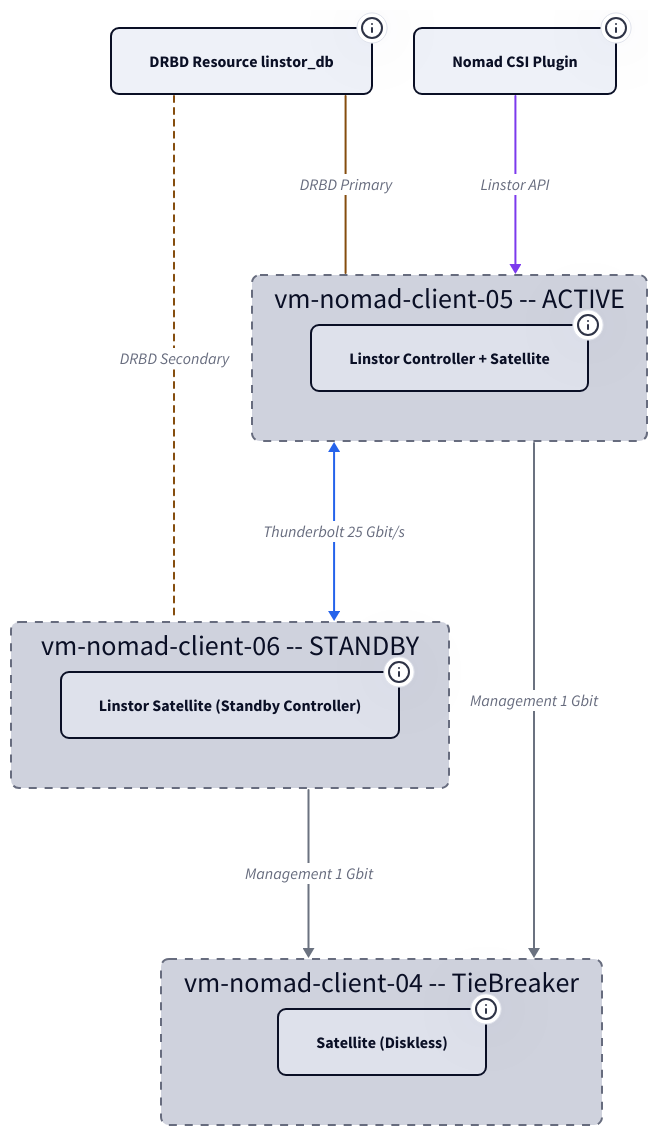
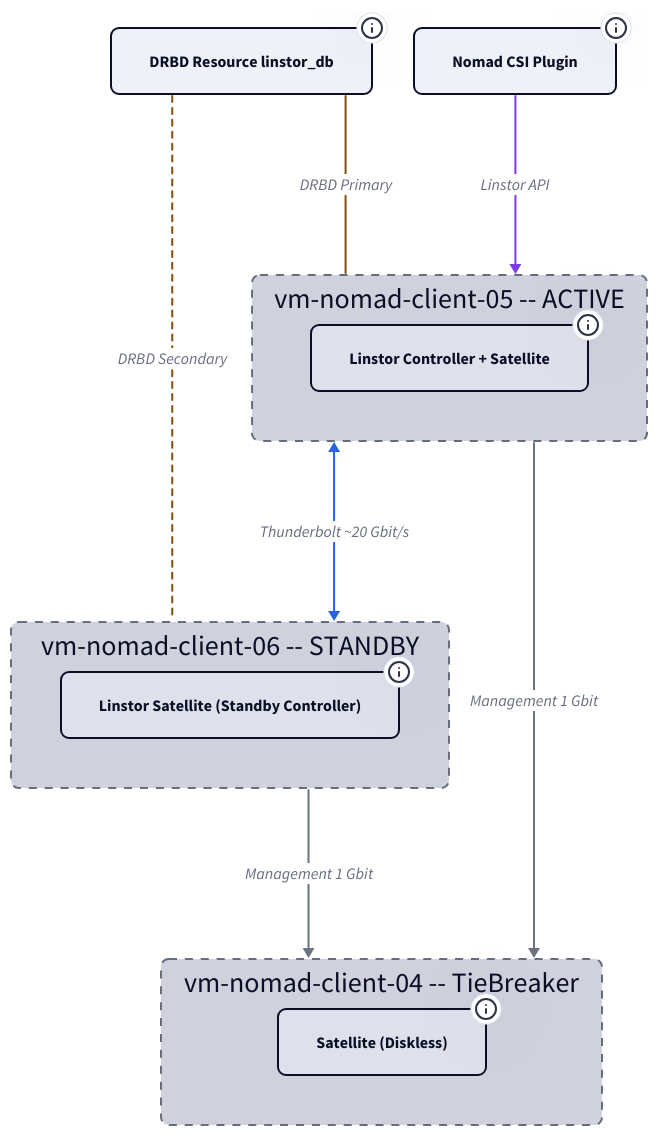
Before and after one commit to derever-labs/homelab-wiki: the diagram in docs/linstor-storage/index.md, drawn with D2. The commit also changed other lines of this file and 109 other files, not shown here.

````diff
--- a/docs/linstor-storage/index.md
+++ b/docs/linstor-storage/index.md
@@ -42,78 +39,78 @@
 ```d2
 vars: {
   d2-config: {
     theme-id: 1
     layout-engine: elk
   }
 }
 
 classes: {
   node: { style: { border-radius: 8 } }
   container: { style: { border-radius: 8; stroke-dash: 4 } }
 }
 
 direction: down
 
 DB: DRBD Resource linstor_db {
   class: node
   tooltip: "Quorum 2/3 | H2 Datenbank fuer Linstor Controller State"
 }
 
 C05: vm-nomad-client-05 -- ACTIVE {
   class: container
 
   C05a: Linstor Controller + Satellite {
     class: node
     tooltip: "10.0.2.125 | TB: 10.99.1.105 | 200 GB ZFS, drbd-reactor managed"
   }
 }
 
 C06: vm-nomad-client-06 -- STANDBY {
   class: container
 
   C06a: Linstor Satellite (Standby Controller) {
     class: node
     tooltip: "10.0.2.126 | TB: 10.99.1.106 | 200 GB ZFS, drbd-reactor uebernimmt bei Failover"
   }
 }
 
 C04: vm-nomad-client-04 -- TieBreaker {
   class: container
 
   C04a: Satellite (Diskless) {
     class: node
     tooltip: "10.0.2.124 | Kein Storage, nur Quorum-Witness"
   }
 }
 
 CSI: Nomad CSI Plugin {
   class: node
   tooltip: "linstor.csi.linbit.com | Endpoint: linstor-controller.service.consul:3370"
 }
 
 DB -- C05: DRBD Primary {
   style.stroke: "#854d0e"
   tooltip: "Aktive H2 DB auf dem Controller-Node"
 }
 DB -- C06: DRBD Secondary {
   style.stroke: "#854d0e"
   style.stroke-dash: 3
   tooltip: "Synchrone Replikation der H2 DB"
 }
-C05 <-> C06: Thunderbolt 25 Gbit/s {
+C05 <-> C06: Thunderbolt ~20 Gbit/s {
   style.stroke: "#2563eb"
   tooltip: "10.99.1.0/24 | DRBD-Replikation aller Volumes"
 }
 C05 -> C04: Management 1 Gbit {
   style.stroke: "#6b7280"
   tooltip: "10.0.2.0/24 | Control Plane, Quorum"
 }
 C06 -> C04: Management 1 Gbit {
   style.stroke: "#6b7280"
   tooltip: "10.0.2.0/24 | Control Plane, Quorum"
 }
 CSI -> C05: Linstor API {
   style.stroke: "#7c3aed"
   tooltip: "HTTP :3370 via Consul Service Discovery"
 }
 ```
````
